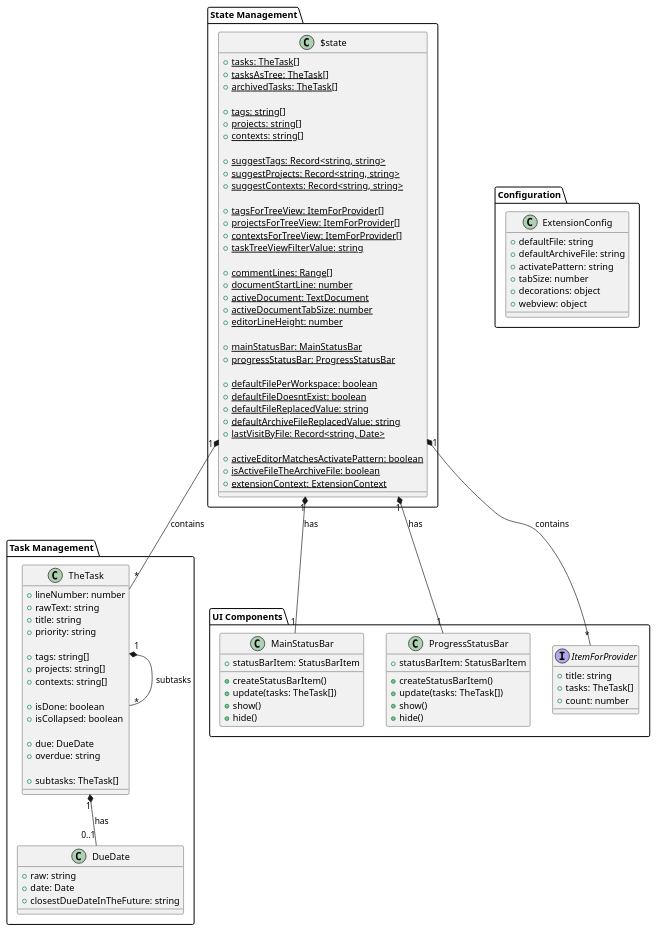
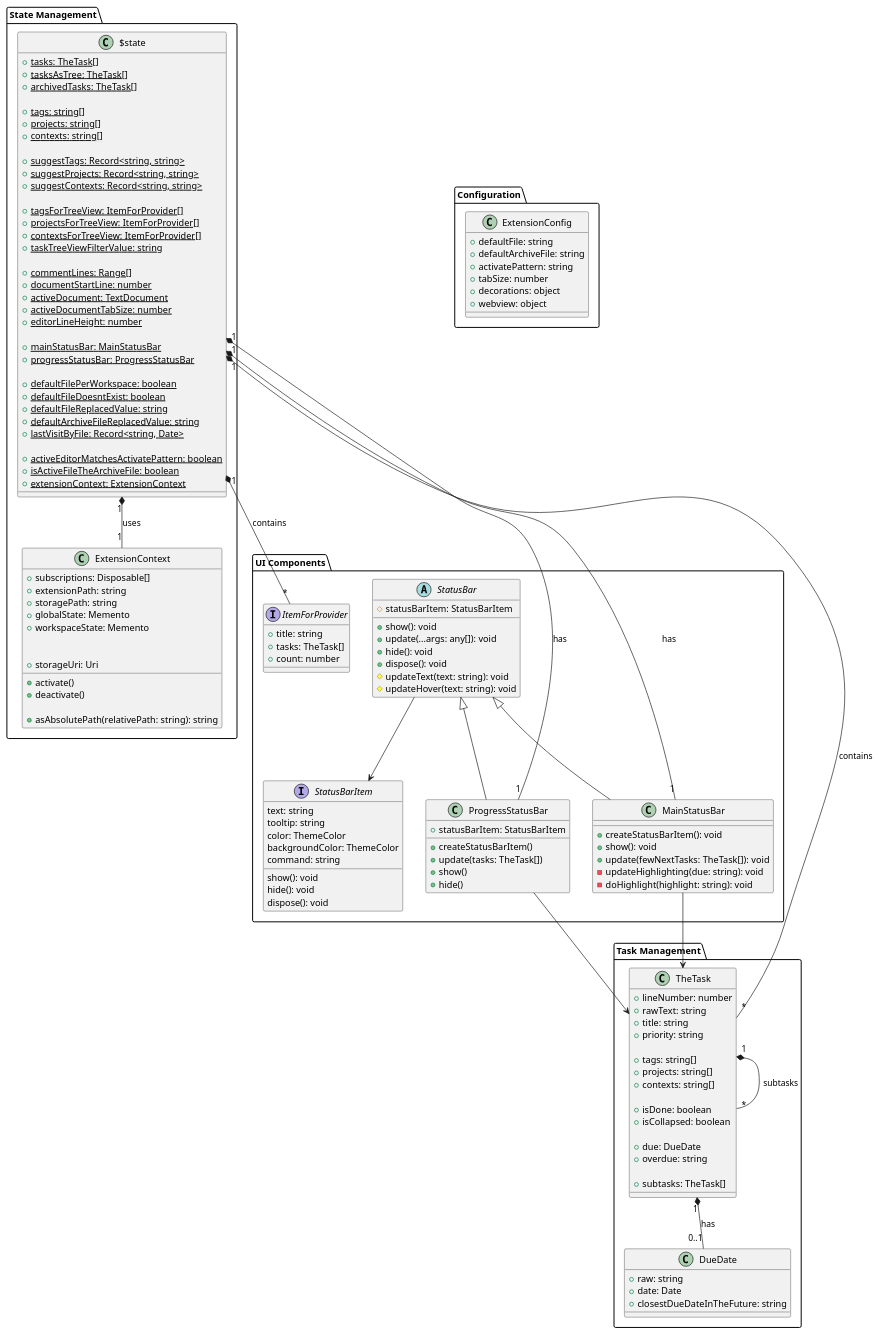
The diagram in docs/class-diagram.puml (NonePro/notecraft), drawn with PlantUML before and after one commit.

Commit message:
docs: add UML diagrams for extension architecture and lifecycle

```diff
--- a/docs/class-diagram.puml
+++ b/docs/class-diagram.puml
@@ -1,126 +1,168 @@
-@startuml
+@startuml "NoteCraft Extension Core Components"
 
 package "State Management" {
+  class ExtensionContext {
+    ' Core extension properties
+    +subscriptions: Disposable[]
+    +extensionPath: string
+    +storagePath: string
+    +globalState: Memento
+    +workspaceState: Memento
+    
+    ' Extension lifecycle
+    +activate()
+    +deactivate()
+    
+    ' Resource management
+    +asAbsolutePath(relativePath: string): string
+    +storageUri: Uri
+  }
+
   class $state {
     ' Task-related state
     +{static} tasks: TheTask[]
     +{static} tasksAsTree: TheTask[]
     +{static} archivedTasks: TheTask[]
 
     ' Tag and categorization state
     +{static} tags: string[]
     +{static} projects: string[]
     +{static} contexts: string[]
 
     ' Suggestion state
     +{static} suggestTags: Record<string, string>
     +{static} suggestProjects: Record<string, string>
     +{static} suggestContexts: Record<string, string>
 
     ' Tree view state
     +{static} tagsForTreeView: ItemForProvider[]
     +{static} projectsForTreeView: ItemForProvider[]
     +{static} contextsForTreeView: ItemForProvider[]
     +{static} taskTreeViewFilterValue: string
 
     ' Document state
     +{static} commentLines: Range[]
     +{static} documentStartLine: number
     +{static} activeDocument: TextDocument
     +{static} activeDocumentTabSize: number
     +{static} editorLineHeight: number
 
     ' UI Components state
     +{static} mainStatusBar: MainStatusBar
     +{static} progressStatusBar: ProgressStatusBar
 
     ' File management state
     +{static} defaultFilePerWorkspace: boolean
     +{static} defaultFileDoesntExist: boolean
     +{static} defaultFileReplacedValue: string
     +{static} defaultArchiveFileReplacedValue: string
     +{static} lastVisitByFile: Record<string, Date>
 
     ' Application state
     +{static} activeEditorMatchesActivatePattern: boolean
     +{static} isActiveFileTheArchiveFile: boolean
     +{static} extensionContext: ExtensionContext
   }
 }
 
 package "Task Management" {
   class TheTask {
     ' Core properties
     +lineNumber: number
     +rawText: string
     +title: string
     +priority: string
 
     ' Categorization
     +tags: string[]
     +projects: string[]
     +contexts: string[]
 
     ' Task state
     +isDone: boolean
     +isCollapsed: boolean
 
     ' Time management
     +due: DueDate
     +overdue: string
 
     ' Task hierarchy
     +subtasks: TheTask[]
   }
 
   class DueDate {
     +raw: string
     +date: Date
     +closestDueDateInTheFuture: string
   }
 }
 
 package "UI Components" {
-  class MainStatusBar {
-    +statusBarItem: StatusBarItem
-    +createStatusBarItem()
-    +update(tasks: TheTask[])
-    +show()
-    +hide()
+  abstract class StatusBar {
+    #statusBarItem: StatusBarItem
+    +show(): void
+    +update(...args: any[]): void
+    +hide(): void
+    +dispose(): void
+    #updateText(text: string): void
+    #updateHover(text: string): void
   }
 
-  class ProgressStatusBar {
+  class MainStatusBar extends StatusBar {
+    +createStatusBarItem(): void
+    +show(): void
+    +update(fewNextTasks: TheTask[]): void
+    -updateHighlighting(due: string): void
+    -doHighlight(highlight: string): void
+  }
+
+  class ProgressStatusBar extends StatusBar {
     +statusBarItem: StatusBarItem
     +createStatusBarItem()
     +update(tasks: TheTask[])
     +show()
     +hide()
   }
 
   interface ItemForProvider {
     +title: string
     +tasks: TheTask[]
     +count: number
+  }
+
+  interface StatusBarItem {
+    text: string
+    tooltip: string
+    color: ThemeColor
+    backgroundColor: ThemeColor
+    command: string
+    show(): void
+    hide(): void
+    dispose(): void
   }
 }
 
 package "Configuration" {
   class ExtensionConfig {
     +defaultFile: string
     +defaultArchiveFile: string
     +activatePattern: string
     +tabSize: number
     +decorations: object
     +webview: object
   }
 }
 
 ' Relationships
 $state "1" *-- "*" TheTask : contains
 TheTask "1" *-- "*" TheTask : subtasks
 TheTask "1" *-- "0..1" DueDate : has
 $state "1" *-- "1" MainStatusBar : has
 $state "1" *-- "1" ProgressStatusBar : has
+$state "1" *-- "1" ExtensionContext : uses
 $state "1" *-- "*" ItemForProvider : contains
+MainStatusBar --> TheTask
+ProgressStatusBar --> TheTask
+StatusBar --> StatusBarItem
 
 @enduml
```
